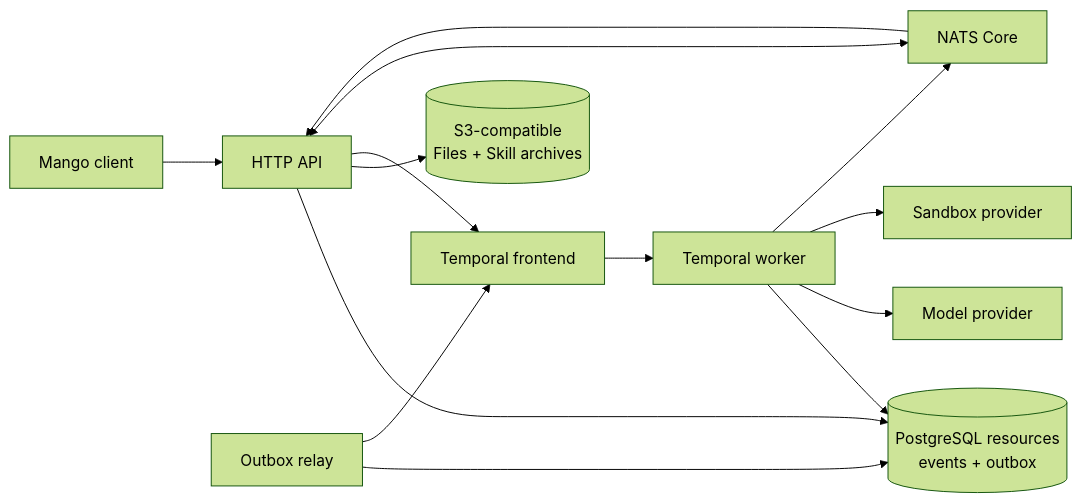
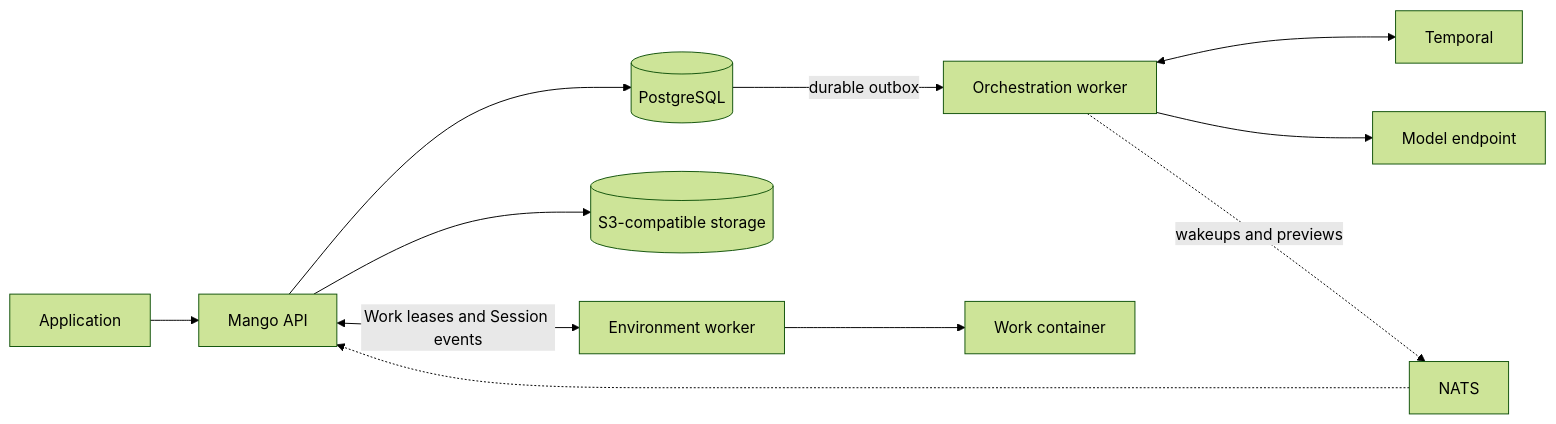
The diagram in docs/architecture.md (yanpgwang/mango), drawn with Mermaid (forest theme) before and after one commit. The commit also changed other lines of this file and 60 other files, not shown here.

````diff
--- a/docs/architecture.md
+++ b/docs/architecture.md
@@ -26,16 +18,13 @@
 ```mermaid
 flowchart LR
-  Client["Mango client"] --> API["HTTP API"]
-  API --> PG[("PostgreSQL resources<br/>events + outbox")]
-  API --> Objects[("S3-compatible<br/>Files + Skill archives")]
-  API --> Temporal["Temporal frontend"]
-  API <--> NATS["NATS Core"]
-  Relay["Outbox relay"] --> PG
-  Relay --> Temporal
-  Temporal --> Worker["Temporal worker"]
-  Worker --> PG
-  Worker --> Model["Model provider"]
-  Worker --> Sandbox["Sandbox provider"]
-  Worker --> NATS
-  NATS --> API
+  App["Application"] --> API["Mango API"]
+  API --> PG[("PostgreSQL")]
+  API --> Objects[("S3-compatible storage")]
+  PG -- "durable outbox" --> Orchestrator["Orchestration worker"]
+  Orchestrator <--> Temporal["Temporal"]
+  Orchestrator --> Model["Model endpoint"]
+  API <-- "Work leases and Session events" --> Worker["Environment worker"]
+  Worker --> Container["Work container"]
+  Orchestrator -. "wakeups and previews" .-> NATS["NATS"]
+  NATS -.-> API
 ```
````
